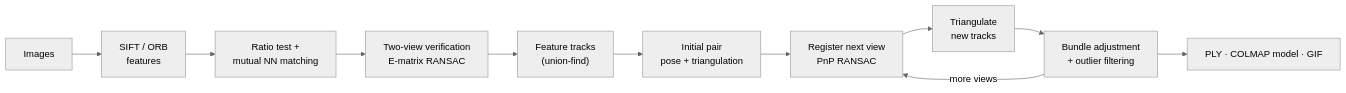
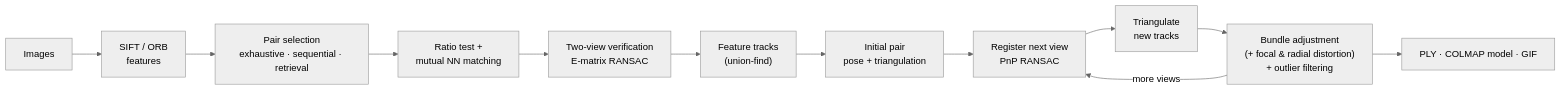
One commit to dangaura-tech/structura changed the diagram in README.md. Above: the diagram before and after it, drawn with Mermaid (neutral theme). The commit also changed other lines of this file and 1 other file, not shown here.

Commit message:
feat(tools): --pairs, --retrieval and --refine-intrinsics; docs: retrieval and lens model

````diff
--- a/README.md
+++ b/README.md
@@ -54,13 +54,14 @@
 ```mermaid
 flowchart LR
     I[Images] --> F["SIFT / ORB<br/>features"]
-    F --> M["Ratio test +<br/>mutual NN matching"]
+    F --> P["Pair selection<br/>exhaustive · sequential · retrieval"]
+    P --> M["Ratio test +<br/>mutual NN matching"]
     M --> V["Two-view verification<br/>E-matrix RANSAC"]
     V --> T["Feature tracks<br/>(union-find)"]
     T --> S["Initial pair<br/>pose + triangulation"]
     S --> R["Register next view<br/>PnP RANSAC"]
     R --> TR["Triangulate<br/>new tracks"]
-    TR --> BA["Bundle adjustment<br/>+ outlier filtering"]
+    TR --> BA["Bundle adjustment<br/>(+ focal & radial distortion)<br/>+ outlier filtering"]
     BA -- more views --> R
     BA --> O["PLY · COLMAP model · GIF"]
 ```
````
